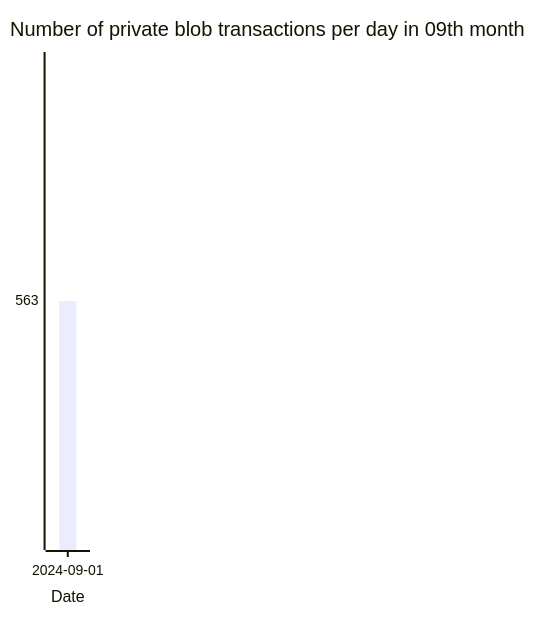
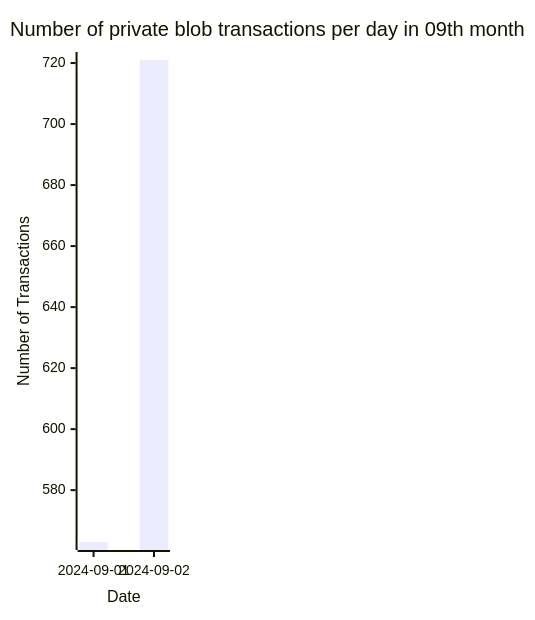
Before and after one commit to Amit0617/eip4844-data: the seventh of 7 diagrams in README.md, drawn with Mermaid. The commit also changed 1 other file, not shown here.

````diff
--- a/README.md
+++ b/README.md
@@ -79,12 +79,12 @@
 ```mermaid
 ---
 config:
     xyChart:
-        width: 80
+        width: 160
         height: 600
 ---
 xychart-beta title "Number of private blob transactions per day in 09th month"
-x-axis "Date" [2024-09-01]
+x-axis "Date" [2024-09-01,2024-09-02]
 y-axis "Number of Transactions"
-bar[563]
+bar[563,721]
 ```
````
